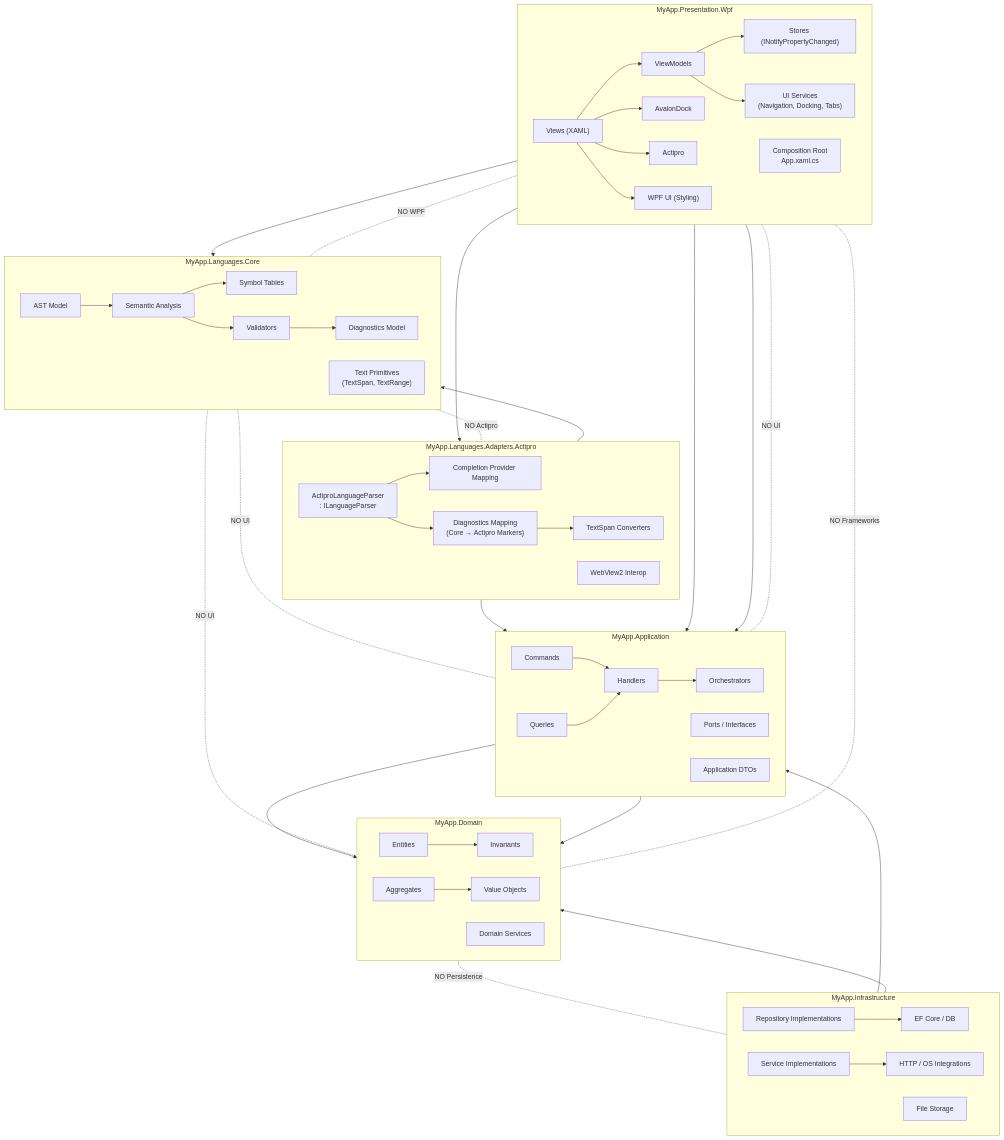
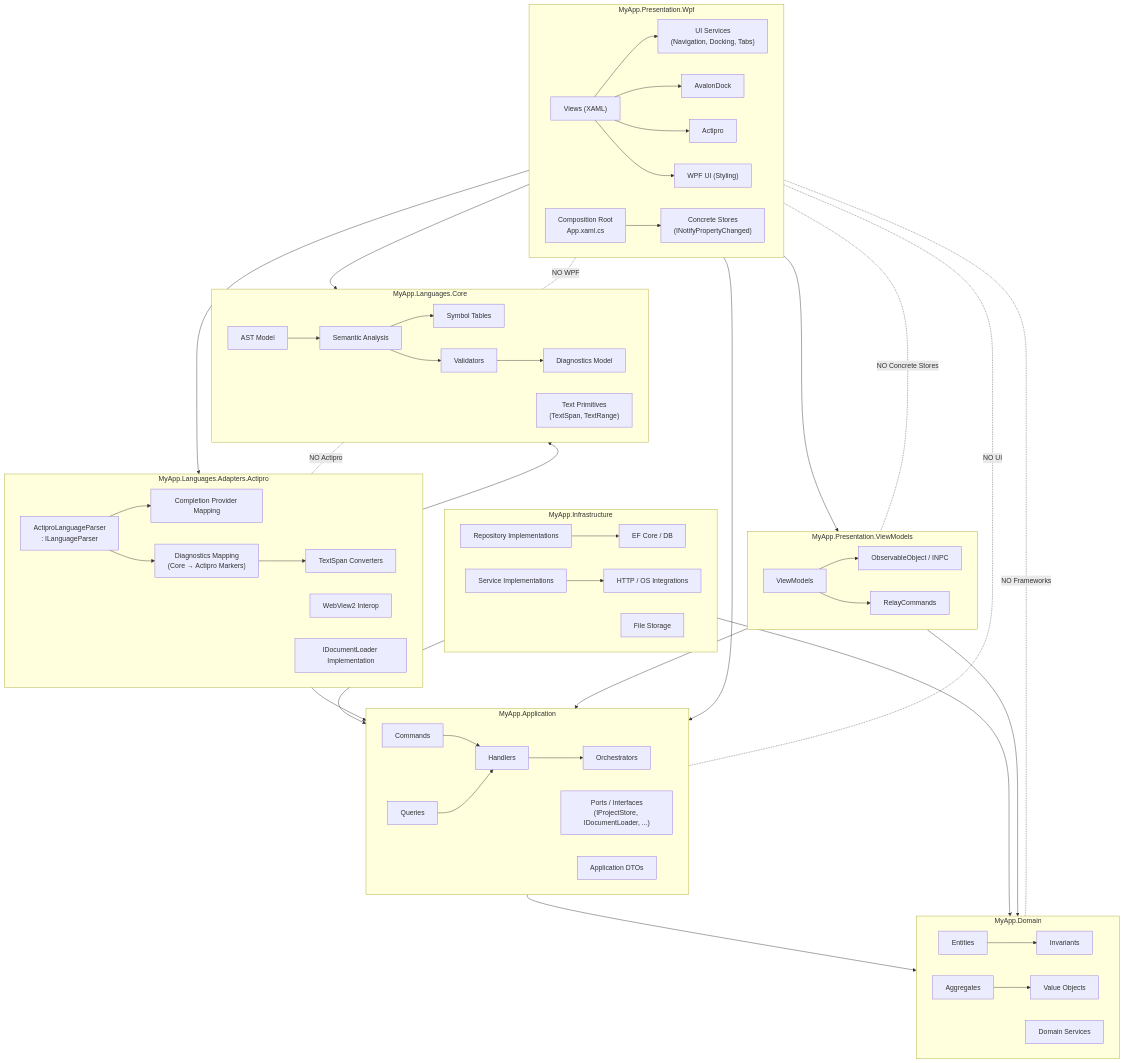
Before and after one commit to nubaum/blueprint: the diagram in README.md, drawn with Mermaid. The commit also changed other lines of this file and 38 other files, not shown here.

````diff
--- a/README.md
+++ b/README.md
@@ -296,7 +268,7 @@
     A2["Queries"]
     A3["Handlers"]
     A4["Orchestrators"]
-    A5["Ports / Interfaces"]
+    A5["Ports / Interfaces<br/>(IProjectStore, IDocumentLoader, ...)"]
     A6["Application DTOs"]
 
     A1 --> A3
@@ -322,10 +294,6 @@
     LC2 --> LC4
     LC4 --> LC5
 end
-
-%% Core is independent
-LangCore -. NO UI .- Domain
-LangCore -. NO UI .- Application
 
 %% =========================
 %% INFRASTRUCTURE
@@ -353,6 +321,7 @@
     M3["Diagnostics Mapping<br/>(Core → Actipro Markers)"]
     M4["TextSpan Converters"]
     M5["WebView2 Interop"]
+    M6["IDocumentLoader Implementation"]
 
     M1 --> M2
     M1 --> M3
@@ -363,44 +332,51 @@
 ActiproAdapter --> Application
 
 %% =========================
-%% PRESENTATION (WPF)
+%% PRESENTATION — ViewModels
 %% =========================
-subgraph Presentation["MyApp.Presentation.Wpf"]
+subgraph ViewModels["MyApp.Presentation.ViewModels"]
+    VM1["ViewModels"]
+    VM2["ObservableObject / INPC"]
+    VM3["RelayCommands"]
+
+    VM1 --> VM2
+    VM1 --> VM3
+end
+
+ViewModels --> Application
+ViewModels --> Domain
+
+%% =========================
+%% PRESENTATION — WPF
+%% =========================
+subgraph PresentationWpf["MyApp.Presentation.Wpf"]
     P1["Views (XAML)"]
-    P2["ViewModels"]
-    P3["Stores (INotifyPropertyChanged)"]
-    P4["UI Services<br/>(Navigation, Docking, Tabs)"]
-    P5["AvalonDock"]
-    P6["Actipro"]
-    P7["WPF UI (Styling)"]
-    P8["Composition Root<br/>App.xaml.cs"]
+    P2["Concrete Stores<br/>(INotifyPropertyChanged)"]
+    P3["UI Services<br/>(Navigation, Docking, Tabs)"]
+    P4["AvalonDock"]
+    P5["Actipro"]
+    P6["WPF UI (Styling)"]
+    P7["Composition Root<br/>App.xaml.cs"]
 
-    P1 --> P2
-    P2 --> P3
-    P2 --> P4
+    P1 --> P3
+    P1 --> P4
     P1 --> P5
     P1 --> P6
-    P1 --> P7
+    P7 --> P2
 end
 
-Presentation --> Application
-Presentation --> LangCore
-Presentation --> ActiproAdapter
-
-%% =========================
-%% DEPENDENCY FLOW SUMMARY
-%% =========================
-
-Presentation --> Application
-Application --> Domain
+PresentationWpf --> ViewModels
+PresentationWpf --> Application
+PresentationWpf --> LangCore
+PresentationWpf --> ActiproAdapter
 
 %% =========================
 %% STRICT RULE NOTES
 %% =========================
 
-Domain -. NO Frameworks .- Presentation
-Domain -. NO Persistence .- Infrastructure
+Domain -. NO Frameworks .- PresentationWpf
 LangCore -. NO Actipro .- ActiproAdapter
-LangCore -. NO WPF .- Presentation
-Application -. NO UI .- Presentation
+LangCore -. NO WPF .- PresentationWpf
+Application -. NO UI .- PresentationWpf
+ViewModels -. NO Concrete Stores .- PresentationWpf
 ```
````
